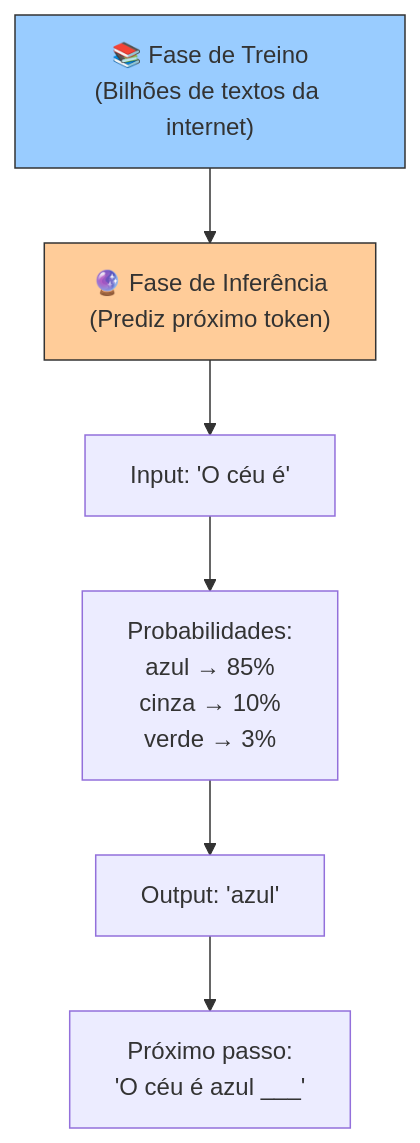
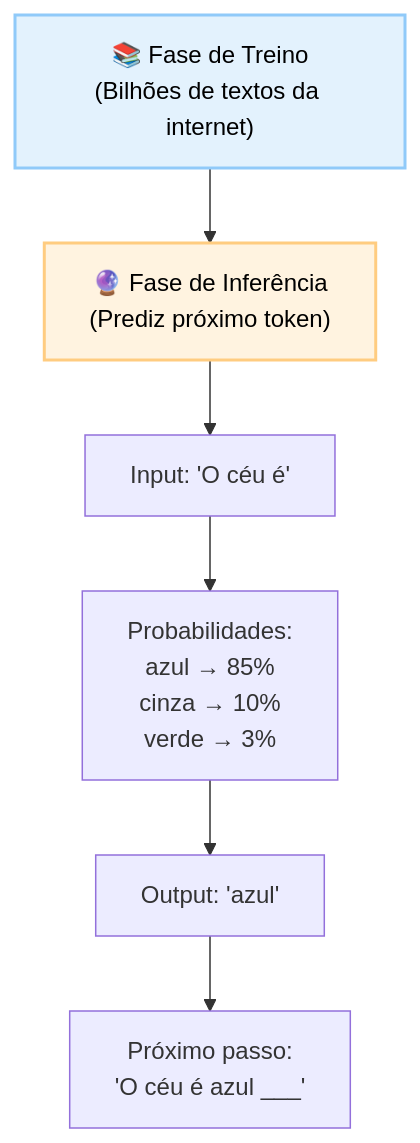
Before and after one commit to danilogmoura/applied-ai-agents: the first of 2 diagrams in modules/p0_fundamentals/MATERIAL.md, drawn with Mermaid. The commit also changed other lines of this file, not shown here.

Commit message:
docs(diagramas): padroniza cores hardcoded pela paleta pastel do curso
Nos dois diagramas com cor fixa de p0_fundamentals, substitui as cores arbitrarias (#9cf/#fc9/#f99) pelas classes foundation/core/warning da mesma paleta pastel ja usada em FINAL_PROJECT.md, garantindo consistencia visual.

````diff
--- a/modules/p0_fundamentals/MATERIAL.md
+++ b/modules/p0_fundamentals/MATERIAL.md
@@ -195,12 +195,14 @@
 ```mermaid
 flowchart TD
     Treino["📚 Fase de Treino\n(Bilhões de textos da internet)"] --> Predicao["🔮 Fase de Inferência\n(Prediz próximo token)"]
     
     Predicao --> Input["Input: 'O céu é'"]
     Input --> Probs["Probabilidades:\nazul → 85%\ncinza → 10%\nverde → 3%"]
     Probs --> Output["Output: 'azul'"]
     Output --> Next["Próximo passo:\n'O céu é azul ___'"]
     
-    style Treino fill:#9cf,stroke:#333
-    style Predicao fill:#fc9,stroke:#333
+    classDef foundation fill:#e3f2fd,stroke:#90caf9,color:#000,stroke-width:2px
+    classDef core fill:#fff3e0,stroke:#ffcc80,color:#000,stroke-width:2px
+    class Treino foundation
+    class Predicao core
 ```
````
